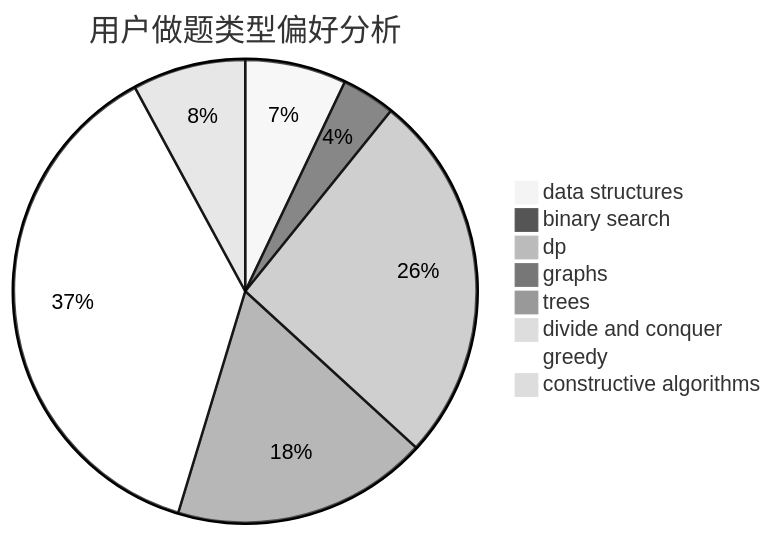
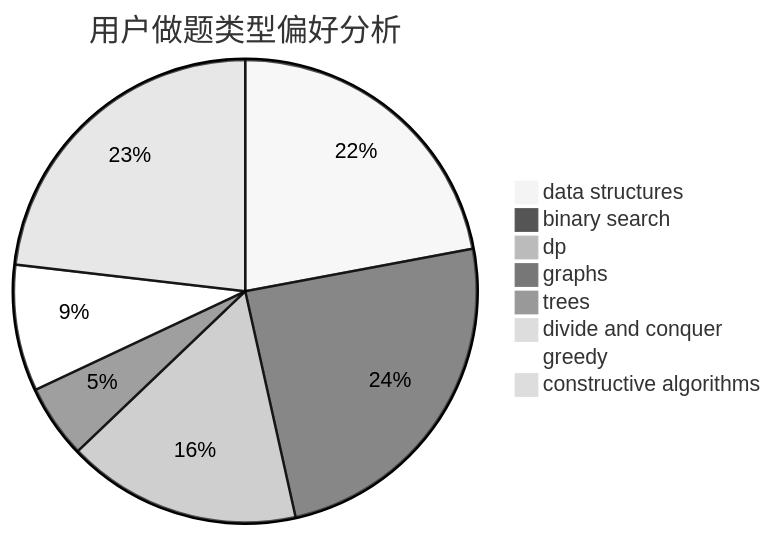
The second of 3 diagrams in docs/user/u2551.md (sherpahu/cfrs.github.io), drawn with Mermaid (neutral theme) before and after one commit. The commit also changed other lines of this file and 2770 other files, not shown here.

````diff
--- a/docs/user/u2551.md
+++ b/docs/user/u2551.md
@@ -23,11 +23,11 @@
 ```mermaid
 pie title 用户做题类型偏好分析
-    "data structures" :  34
-    "binary search" :  18
-    "dp" :  125
-    "graphs" :  0
-    "trees" :  86
-    "divide and conquer" :  3
-    "greedy" :  180
-    "constructive algorithms" :  38
+    "data structures" :  120
+    "binary search" :  133
+    "dp" :  89
+    "graphs" :  28
+    "trees" :  2
+    "divide and conquer" :  4
+    "greedy" :  48
+    "constructive algorithms" :  126
 ```
````
